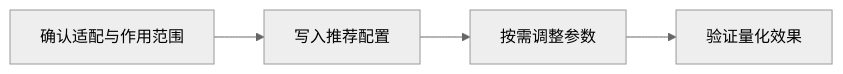
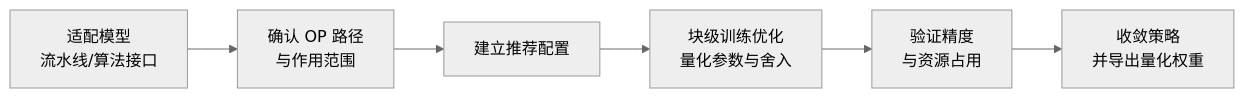
The diagram in msmodelslim/docs/zh/knowledge_base/quantization_algorithms/trainable_linear_quant/usage_trainable_linear_quant.md (mindstudio-docs/master), drawn with Mermaid (neutral theme) before and after one commit. The commit also changed other lines of this file and 235 other files, not shown here.

````diff
--- a/msmodelslim/docs/zh/knowledge_base/quantization_algorithms/trainable_linear_quant/usage_trainable_linear_quant.md
+++ b/msmodelslim/docs/zh/knowledge_base/quantization_algorithms/trainable_linear_quant/usage_trainable_linear_quant.md
@@ -27,6 +36,8 @@
 ```mermaid
 flowchart LR
-    A[确认适配与作用范围] --> B[写入推荐配置]
-    B[写入推荐配置] --> C[按需调整参数]
-    C[按需调整参数] --> D[验证量化效果]
+    A[适配模型<br/>流水线/算法接口] --> B[确认 OP 路径<br/>与作用范围]
+    B --> C[建立推荐配置]
+    C --> D[块级训练优化<br/>量化参数与舍入]
+    D --> E[验证精度<br/>与资源占用]
+    E --> F[收敛策略<br/>并导出量化权重]
 ```
````
